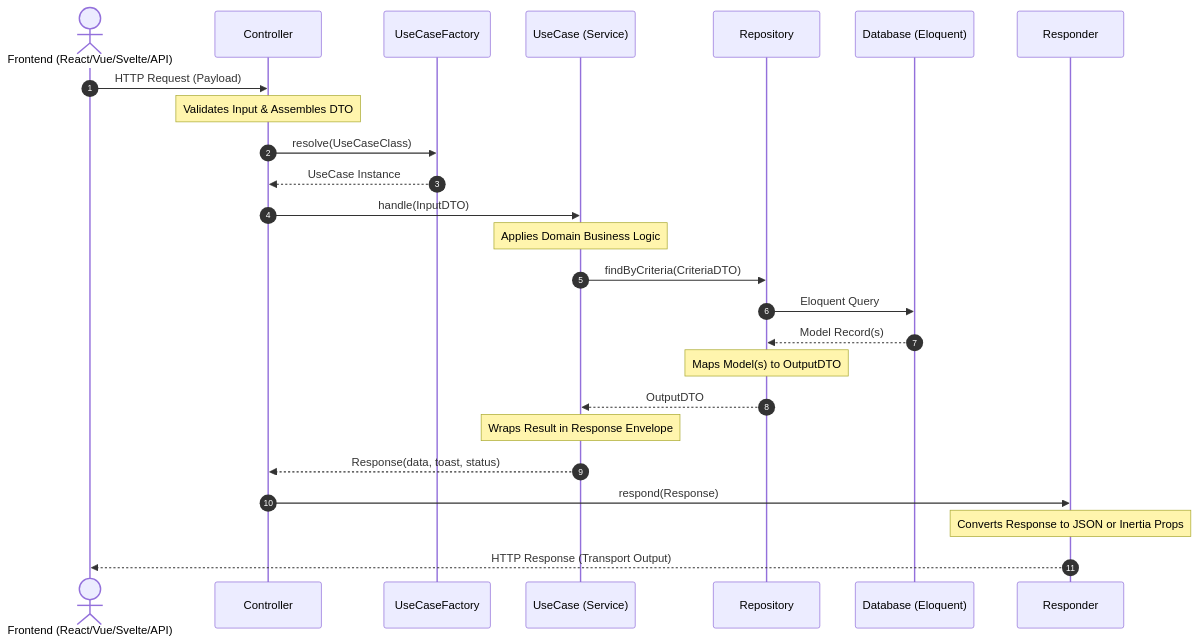
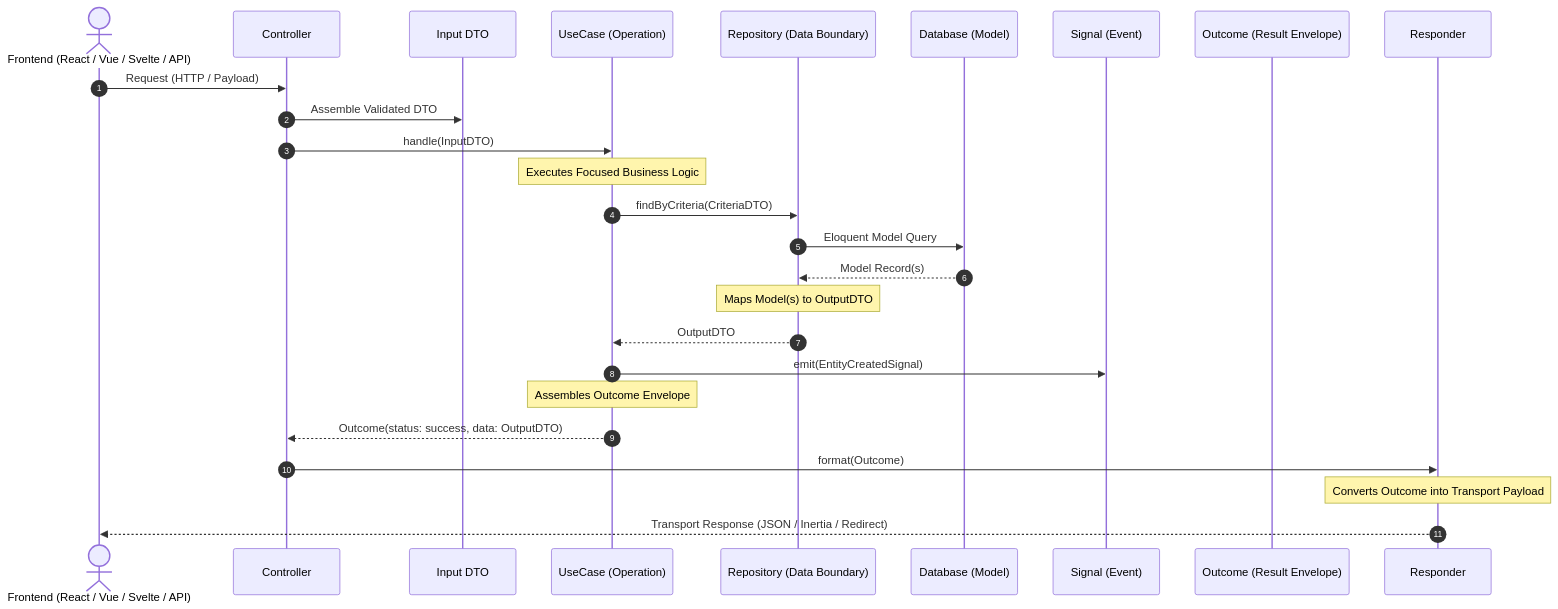
One commit to ugaritco/knowledgebase changed the second of 2 diagrams in architecture/ARTIFACT_DRIVEN_ARCHITECTURE.md. Above: the diagram before and after it, drawn with Mermaid. The commit also changed other lines of this file and 4 other files, not shown here.

Commit message:
refactor(architecture): align knowledge base with ADA philosophy, capabilities, and outcomes

````diff
--- a/architecture/ARTIFACT_DRIVEN_ARCHITECTURE.md
+++ b/architecture/ARTIFACT_DRIVEN_ARCHITECTURE.md
@@ -174,28 +150,29 @@
 ```mermaid
 sequenceDiagram
     autonumber
-    actor Client as Frontend (React/Vue/Svelte/API)
+    actor Client as Frontend (React / Vue / Svelte / API)
     participant Ctrl as Controller
-    participant Factory as UseCaseFactory
-    participant UC as UseCase (Service)
-    participant Repo as Repository
-    participant DB as Database (Eloquent)
+    participant DTO as Input DTO
+    participant UC as UseCase (Operation)
+    participant Repo as Repository (Data Boundary)
+    participant DB as Database (Model)
+    participant Sig as Signal (Event)
+    participant Out as Outcome (Result Envelope)
     participant Resp as Responder
 
-    Client->>Ctrl: HTTP Request (Payload)
-    Note over Ctrl: Validates Input & Assembles DTO
-    Ctrl->>Factory: resolve(UseCaseClass)
-    Factory-->>Ctrl: UseCase Instance
+    Client->>Ctrl: Request (HTTP / Payload)
+    Ctrl->>DTO: Assemble Validated DTO
     Ctrl->>UC: handle(InputDTO)
-    Note over UC: Applies Domain Business Logic
+    Note over UC: Executes Focused Business Logic
     UC->>Repo: findByCriteria(CriteriaDTO)
-    Repo->>DB: Eloquent Query
+    Repo->>DB: Eloquent Model Query
     DB-->>Repo: Model Record(s)
     Note over Repo: Maps Model(s) to OutputDTO
     Repo-->>UC: OutputDTO
-    Note over UC: Wraps Result in Response Envelope
-    UC-->>Ctrl: Response(data, toast, status)
-    Ctrl->>Resp: respond(Response)
-    Note over Resp: Converts Response to JSON or Inertia Props
-    Resp-->>Client: HTTP Response (Transport Output)
+    UC->>Sig: emit(EntityCreatedSignal)
+    Note over UC: Assembles Outcome Envelope
+    UC-->>Ctrl: Outcome(status: success, data: OutputDTO)
+    Ctrl->>Resp: format(Outcome)
+    Note over Resp: Converts Outcome into Transport Payload
+    Resp-->>Client: Transport Response (JSON / Inertia / Redirect)
 ```
````
